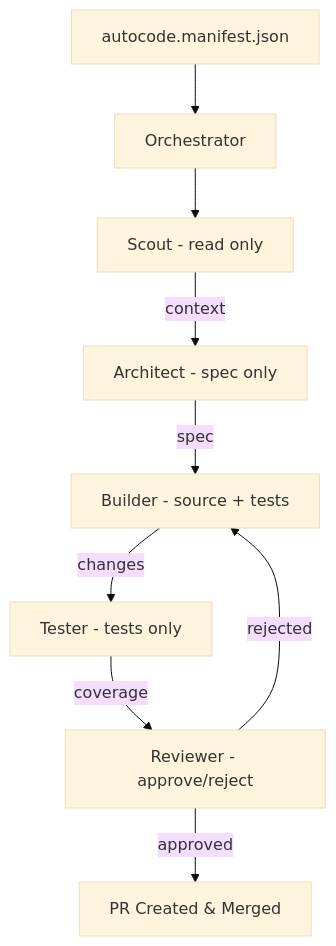
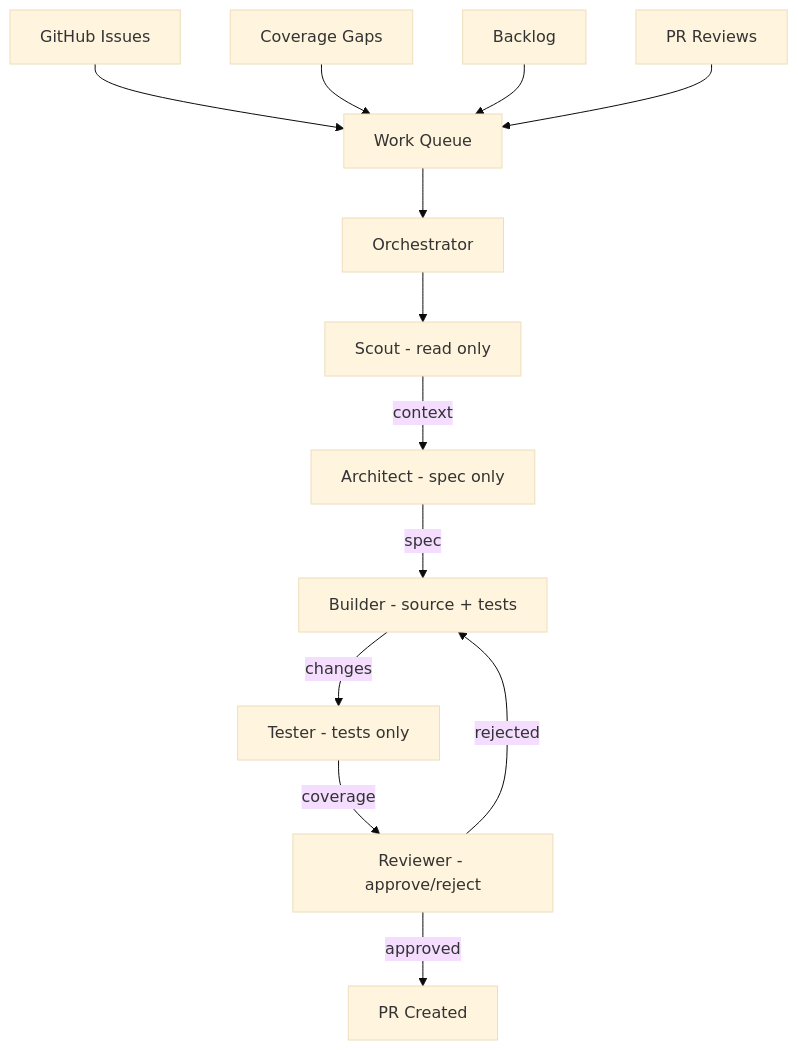
One commit to JustinBeaudry/autocode changed the diagram in README.md. Above: the diagram before and after it, drawn with Mermaid (base theme). The commit also changed other lines of this file and 19 other files, not shown here.

````diff
--- a/README.md
+++ b/README.md
@@ -35,11 +35,15 @@
 ```mermaid
 graph TD
-  M[autocode.manifest.json] --> O[Orchestrator]
+  WQ[Work Queue] --> O[Orchestrator]
+  GI[GitHub Issues] --> WQ
+  CG[Coverage Gaps] --> WQ
+  BL[Backlog] --> WQ
+  PR[PR Reviews] --> WQ
   O --> S[Scout - read only]
   S -->|context| A[Architect - spec only]
   A -->|spec| B[Builder - source + tests]
   B -->|changes| T[Tester - tests only]
   T -->|coverage| R[Reviewer - approve/reject]
-  R -->|approved| PR[PR Created & Merged]
+  R -->|approved| Ship[PR Created]
   R -->|rejected| B
 ```
````
